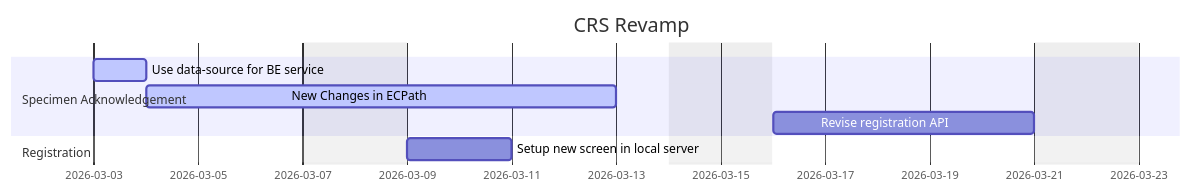
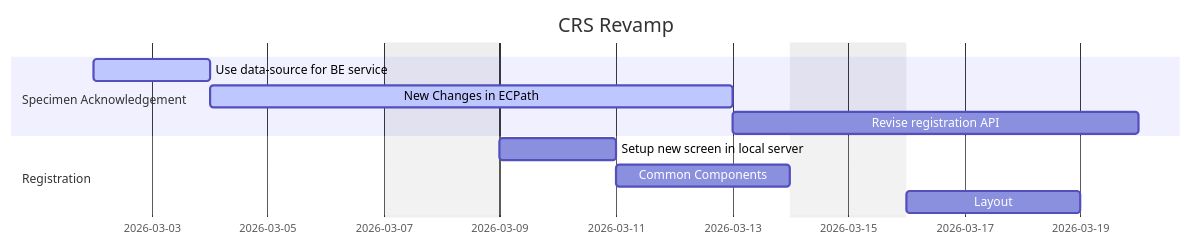
The diagram in LIS/Project Plans/CRS Revamp.md (DragonChong/HA-Notes), drawn with Mermaid before and after one commit.

Commit message:
vault backup: 2026-03-04 15:39:27

````diff
--- a/LIS/Project Plans/CRS Revamp.md
+++ b/LIS/Project Plans/CRS Revamp.md
@@ -2,15 +2,17 @@
 ```mermaid
 gantt
-    dateFormat  YYYY-MM-DD
-    title       CRS Revamp
-    excludes    weekends
-    %% (`excludes` accepts specific dates in YYYY-MM-DD format, days of the week ("sunday") or "weekends", but not the word "weekdays".)
-    
-    section Specimen Acknowledgement
-    Use data-source for BE service      :active,  des1, 2026-03-03, 2026-03-04
-    New Changes in ECPath               :active,  des2, 2026-03-04, 7d
-    Revise registration API             :  des2, 2026-03-16, 5d
-    
-    section Registration
-    Setup new screen in local server    :         des1, 2026-03-09, 2d
+    dateFormat  YYYY-MM-DD
+    title       CRS Revamp
+    excludes    weekends
+    %% (`excludes` accepts specific dates in YYYY-MM-DD format, days of the week ("sunday") or "weekends", but not the word "weekdays".)
+
+    section Specimen Acknowledgement
+    Use data-source for BE service      :active,  des1, 2026-03-02, 2d
+    New Changes in ECPath               :active,  des2, 2026-03-04, 7d
+    Revise registration API             :  des3, after des2, 5d
+
+    section Registration
+    Setup new screen in local server    :         des1, 2026-03-09, 2d
+    Common Components:                  :         des2, after des1, 3d
+    Layout                              : 3d
 ```
````
